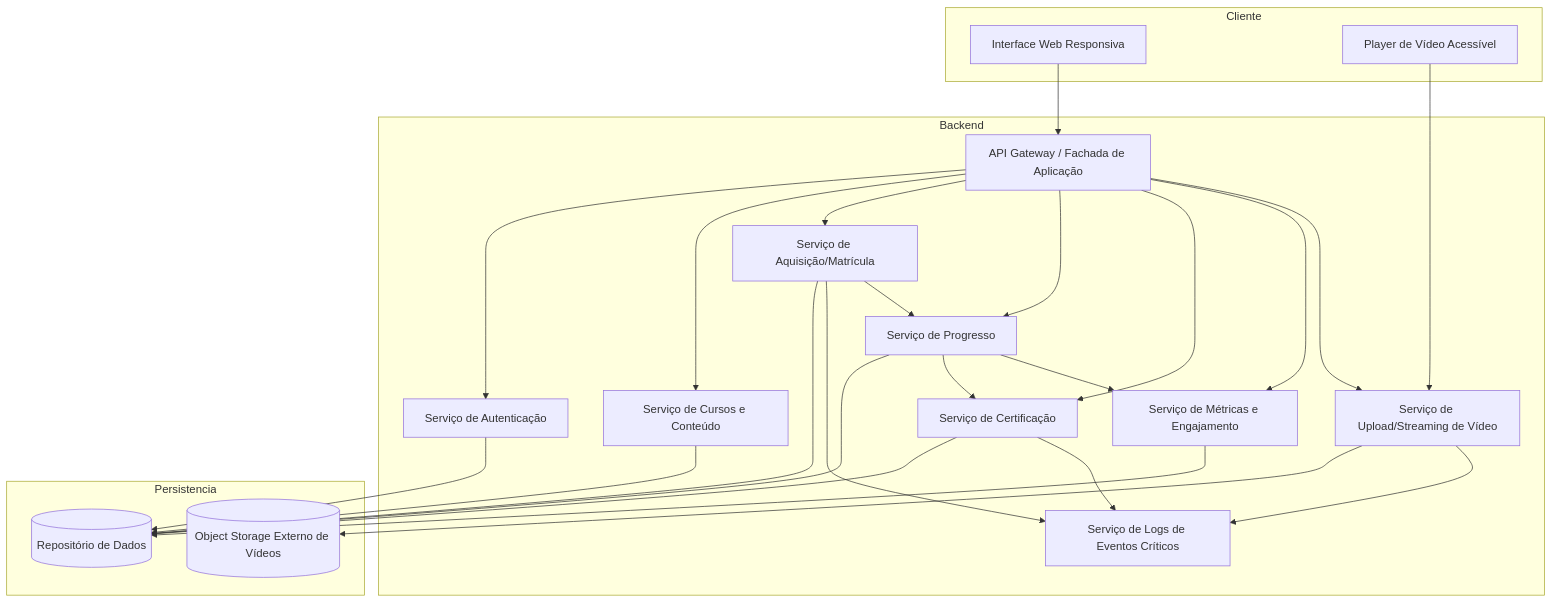
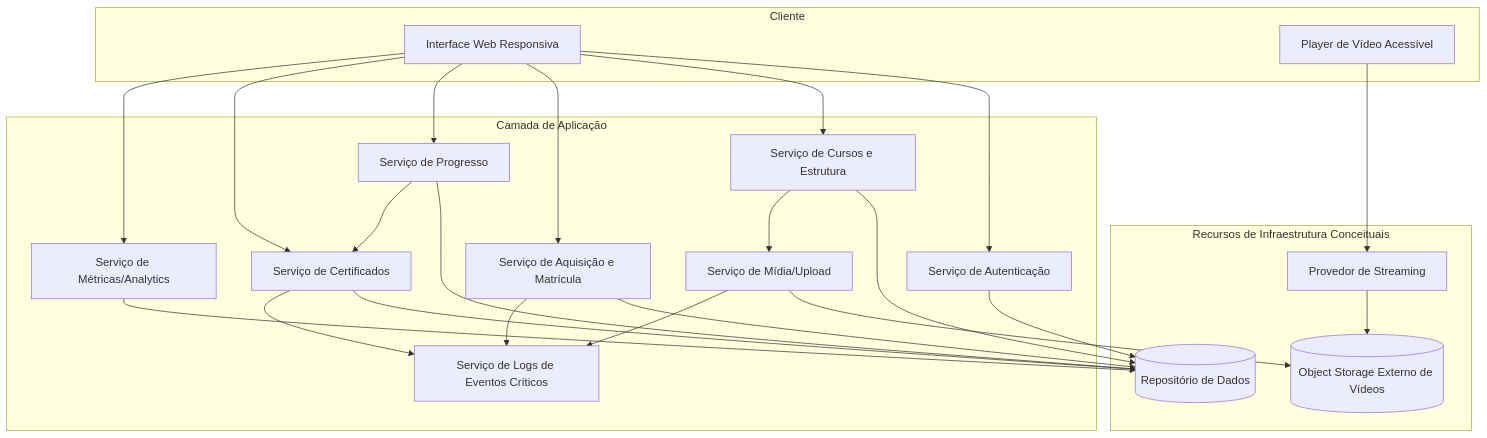
The first of 3 diagrams in docs/Time_2_Design/analise-qualitativa/outputs/relatorio_claude_opus_4_8_M01.md (PDC-ESIA/AI4ES), drawn with Mermaid before and after one commit. The commit also changed other lines of this file and 107 other files, not shown here.

````diff
--- a/docs/Time_2_Design/analise-qualitativa/outputs/relatorio_claude_opus_4_8_M01.md
+++ b/docs/Time_2_Design/analise-qualitativa/outputs/relatorio_claude_opus_4_8_M01.md
@@ -28,50 +27,46 @@
 ```mermaid
-graph TD
+flowchart TB
     subgraph Cliente
-        UI["Interface Web Responsiva"]
-        Player["Player de Vídeo Acessível"]
+        UI[Interface Web Responsiva]
+        Player[Player de Vídeo Acessível]
     end
 
-    subgraph Backend
-        API["API Gateway / Fachada de Aplicação"]
-        Auth["Serviço de Autenticação"]
-        Course["Serviço de Cursos e Conteúdo"]
-        Enroll["Serviço de Aquisição/Matrícula"]
-        Progress["Serviço de Progresso"]
-        Cert["Serviço de Certificação"]
-        Metrics["Serviço de Métricas e Engajamento"]
-        Media["Serviço de Upload/Streaming de Vídeo"]
-        Log["Serviço de Logs de Eventos Críticos"]
+    subgraph Backend[Camada de Aplicação]
+        AUTH[Serviço de Autenticação]
+        CURSO[Serviço de Cursos e Estrutura]
+        MEDIA[Serviço de Mídia/Upload]
+        ENROLL[Serviço de Aquisição e Matrícula]
+        PROG[Serviço de Progresso]
+        CERT[Serviço de Certificados]
+        METRIC[Serviço de Métricas/Analytics]
+        LOG[Serviço de Logs de Eventos Críticos]
     end
 
-    subgraph Persistencia
-        DB[("Repositório de Dados")]
-        ObjStore[("Object Storage Externo de Vídeos")]
+    subgraph Infra[Recursos de Infraestrutura Conceituais]
+        DB[(Repositório de Dados)]
+        OBJ[(Object Storage Externo de Vídeos)]
+        STREAM[Provedor de Streaming]
     end
 
-    UI --> API
-    Player --> Media
-    API --> Auth
-    API --> Course
-    API --> Enroll
-    API --> Progress
-    API --> Cert
-    API --> Metrics
-    API --> Media
+    UI --> AUTH
+    UI --> CURSO
+    UI --> ENROLL
+    UI --> PROG
+    UI --> CERT
+    UI --> METRIC
+    Player --> STREAM
 
-    Course --> DB
-    Enroll --> DB
-    Progress --> DB
-    Cert --> DB
-    Metrics --> DB
-    Auth --> DB
-
-    Media --> ObjStore
-    Enroll --> Log
-    Cert --> Log
-    Media --> Log
-
-    Progress --> Cert
-    Enroll --> Progress
-    Progress --> Metrics
+    AUTH --> DB
+    CURSO --> DB
+    CURSO --> MEDIA
+    MEDIA --> OBJ
+    STREAM --> OBJ
+    ENROLL --> DB
+    PROG --> DB
+    CERT --> DB
+    METRIC --> DB
+    ENROLL --> LOG
+    CERT --> LOG
+    MEDIA --> LOG
+    PROG --> CERT
 ```
````
